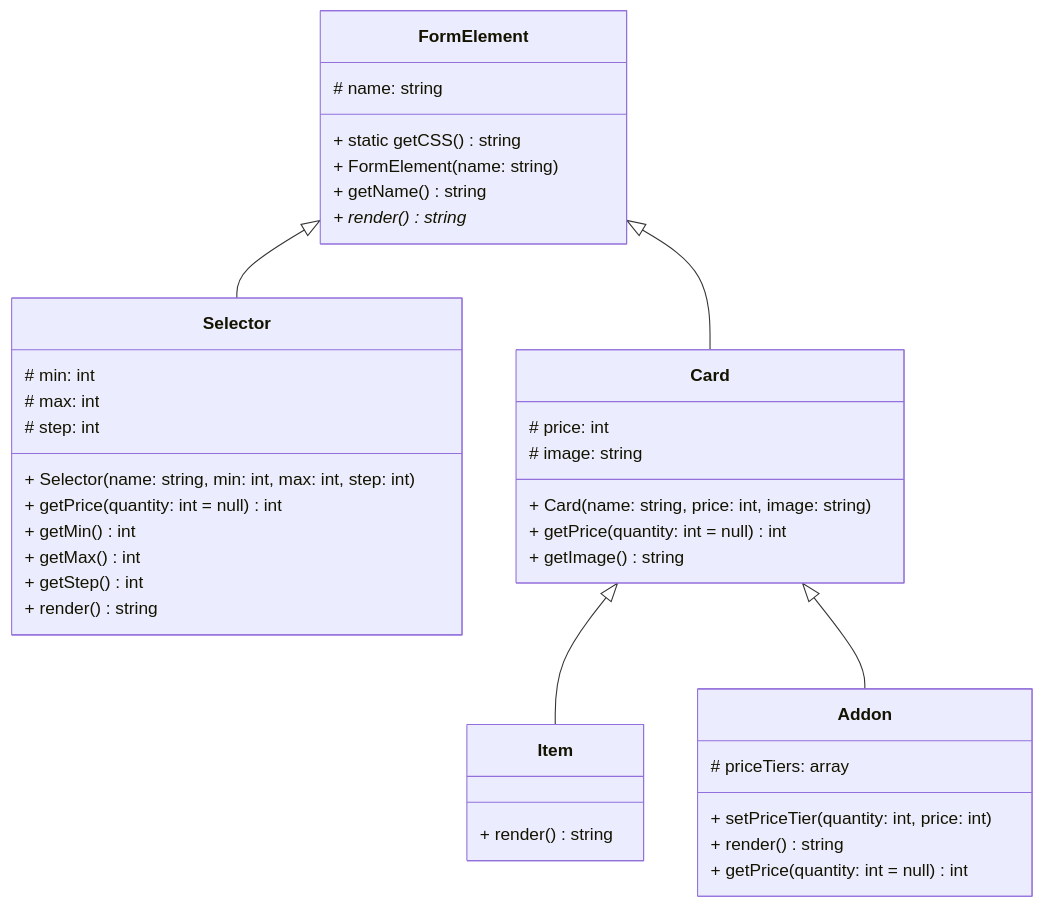
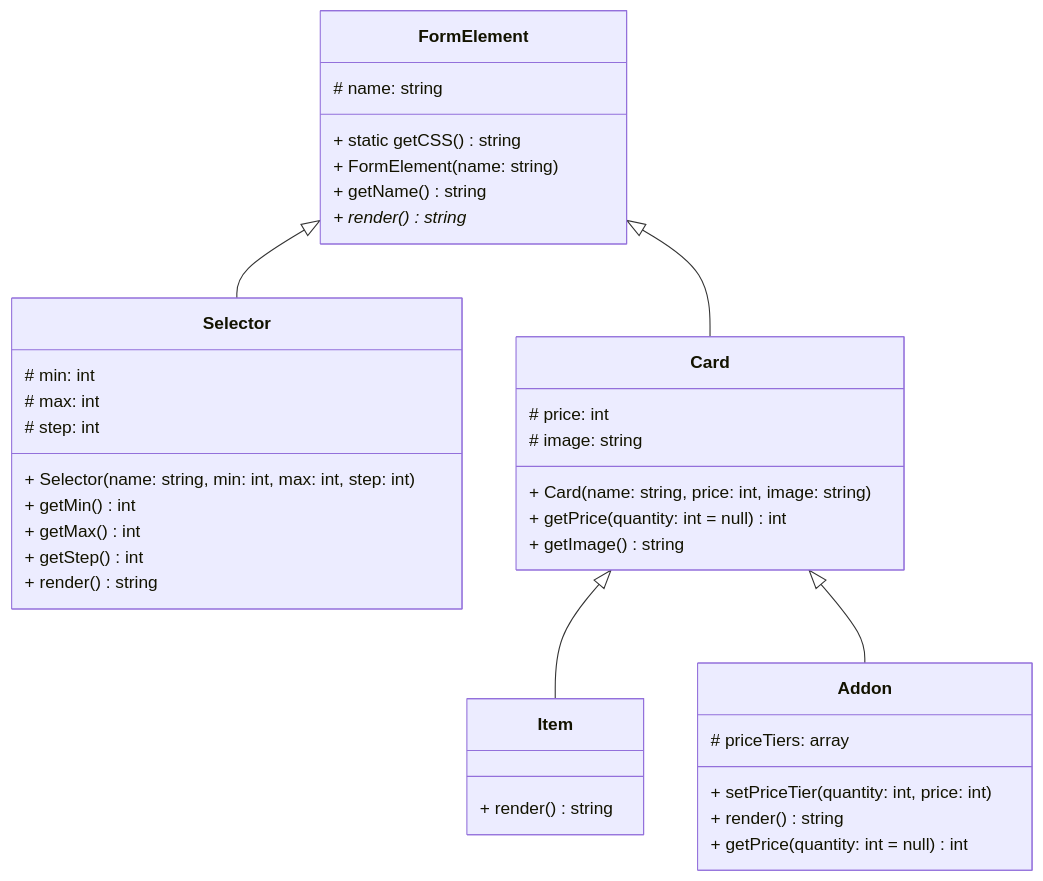
One commit to AlexandrAnatoliev/send-invoice changed the first of 2 diagrams in README.md. Above: the diagram before and after it, drawn with Mermaid.

Commit message:
fix(README): check by deepseek

````diff
--- a/README.md
+++ b/README.md
@@ -173,48 +173,47 @@
 ```mermaid
 classDiagram
   
   class FormElement {
     # name: string
     + static getCSS() string
     + FormElement(name: string)
     + getName() string
     + render() string*
   }
 
   class Selector {
     # min: int
     # max: int
     # step: int
     + Selector(name: string, min: int, max: int, step: int)
-    + getPrice(quantity: int = null) int
     + getMin() int
     + getMax() int
     + getStep() int
     + render() string
   }
 
   class Card {
     # price: int
     # image: string
     + Card(name: string, price: int, image: string)
     + getPrice(quantity: int = null) int
     + getImage() string
   }
 
   class Item {
     + render() string
   }
 
   class Addon {
     # priceTiers: array
     + setPriceTier(quantity: int, price: int)
     + render() string
     + getPrice(quantity: int = null) int
   }
 
   FormElement  <|-- Selector
   FormElement  <|-- Card
   Card <|-- Item
   Card <|-- Addon
 
 ```
````
